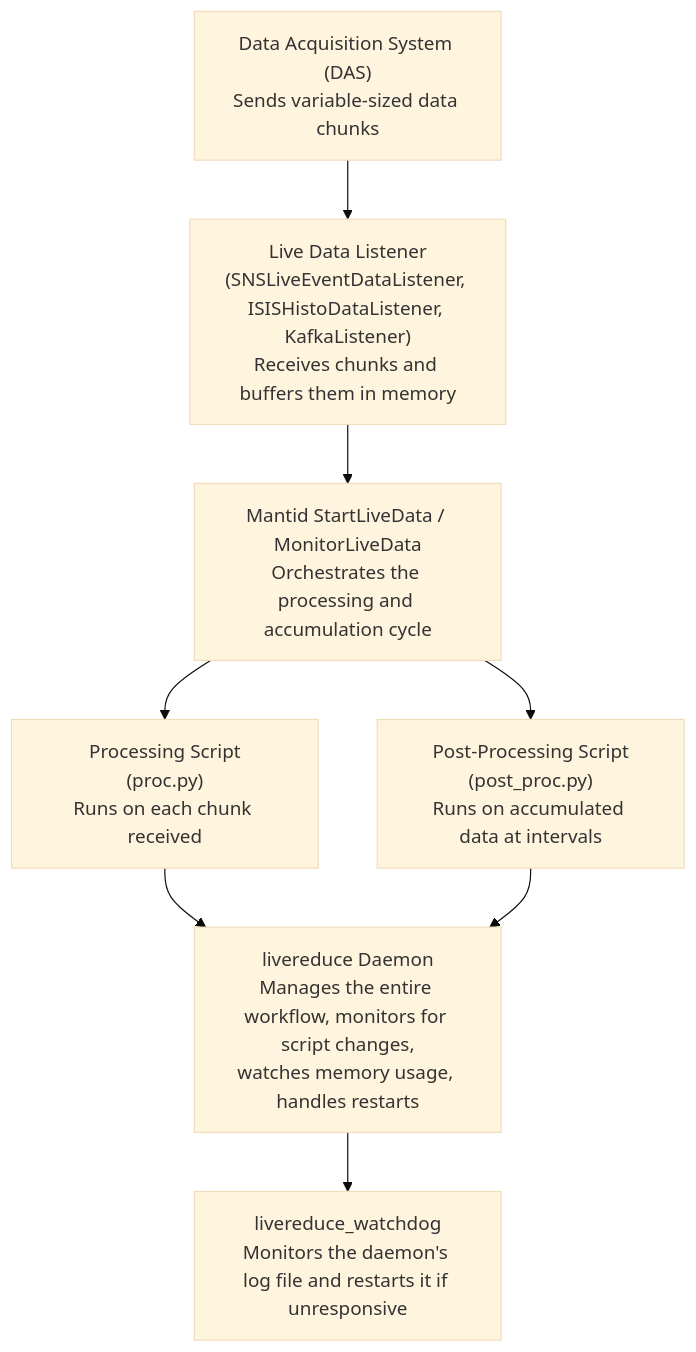
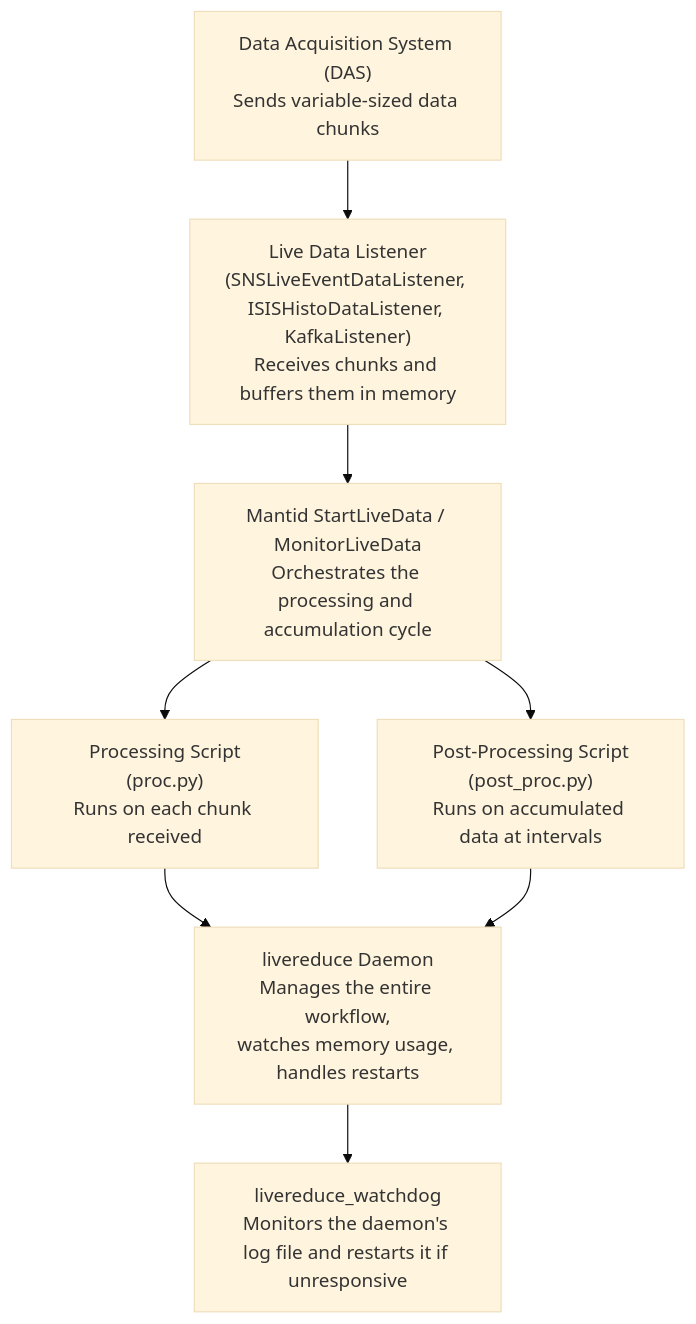
The diagram in docs/architecture.md (mantidproject/livereduce), drawn with Mermaid (base theme) before and after one commit. The commit also changed other lines of this file and 8 other files, not shown here.

````diff
--- a/docs/architecture.md
+++ b/docs/architecture.md
@@ -9,18 +9,18 @@
 ```mermaid
 flowchart TD
     DAS["Data Acquisition System (DAS)<br/>Sends variable-sized data chunks"]
     Listener["Live Data Listener<br/>(SNSLiveEventDataListener, ISISHistoDataListener, KafkaListener)<br/>Receives chunks and buffers them in memory"]
     Mantid["Mantid StartLiveData / MonitorLiveData<br/>Orchestrates the processing and accumulation cycle"]
     ProcScript["Processing Script<br/>(proc.py)<br/>Runs on each chunk received"]
     PostScript["Post-Processing Script<br/>(post_proc.py)<br/>Runs on accumulated data at intervals"]
-    Daemon["livereduce Daemon<br/>Manages the entire workflow, monitors for script changes,<br/>watches memory usage, handles restarts"]
+    Daemon["livereduce Daemon<br/>Manages the entire workflow,<br/>watches memory usage, handles restarts"]
     Watchdog["livereduce_watchdog<br/>Monitors the daemon's log file and restarts it if unresponsive"]
 
     DAS --> Listener
     Listener --> Mantid
     Mantid --> ProcScript
     Mantid --> PostScript
     ProcScript --> Daemon
     PostScript --> Daemon
     Daemon --> Watchdog
 ```
````
